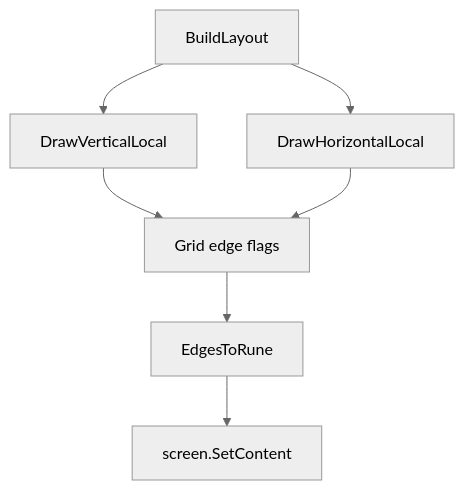
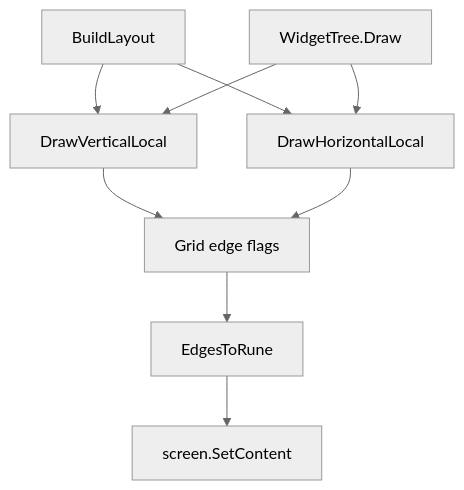
The second of 3 diagrams in docs/RENDERING.md (yairgd/gdbforge), drawn with Mermaid (neutral theme) before and after one commit. The commit also changed other lines of this file and 7 other files, not shown here.

````diff
--- a/docs/RENDERING.md
+++ b/docs/RENDERING.md
@@ -140,13 +140,16 @@
 ```mermaid
 flowchart TB
     Layout["BuildLayout"]
+    Draw["WidgetTree.Draw"]
     DV["DrawVerticalLocal"]
     DH["DrawHorizontalLocal"]
     Grid["Grid edge flags"]
     Compose["EdgesToRune"]
     Tcell["screen.SetContent"]
 
     Layout --> DV --> Grid
     Layout --> DH --> Grid
+    Draw --> DV
+    Draw --> DH
     Grid --> Compose --> Tcell
 ```
````
